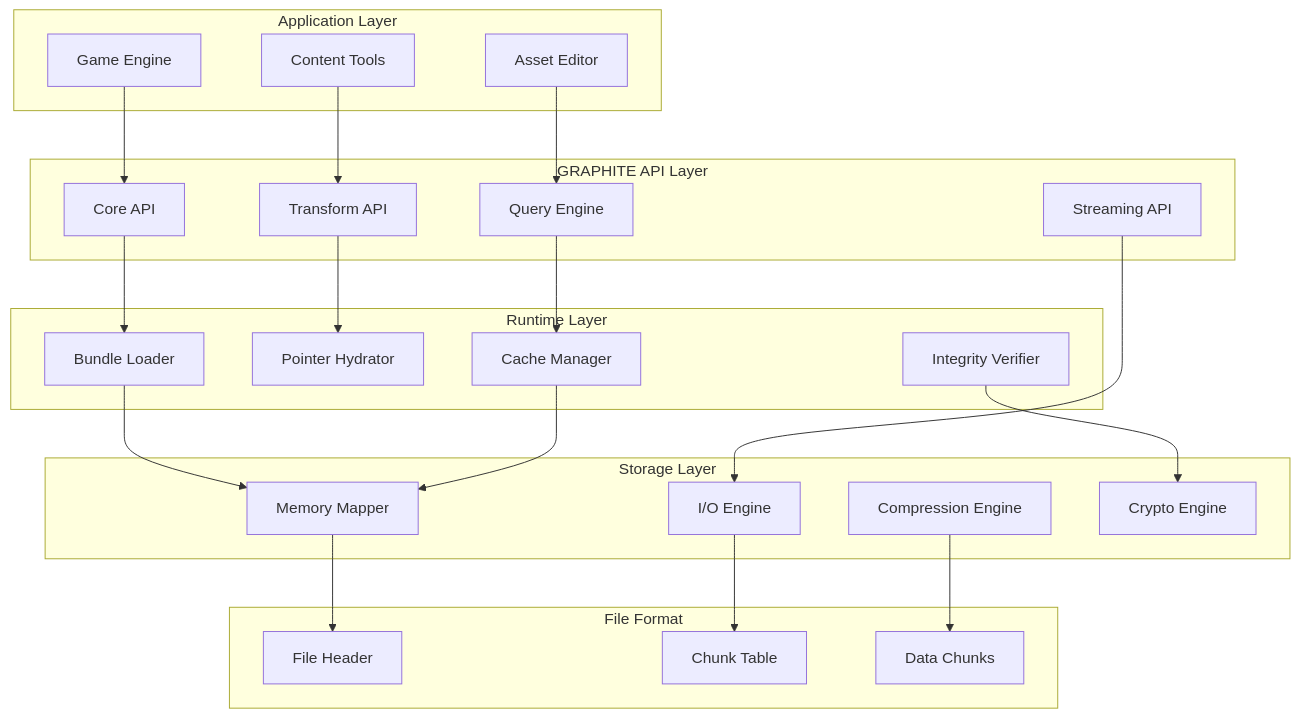
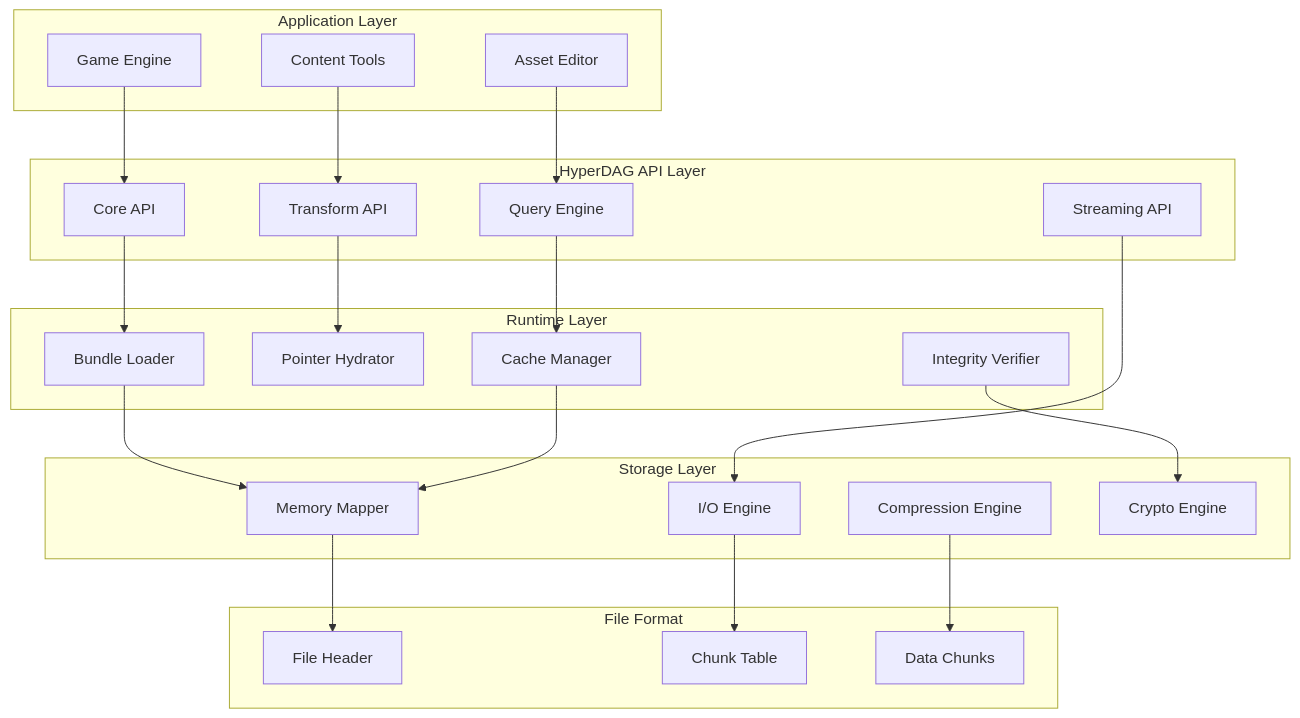
The first of 4 diagrams in volumes/volume-1-foundation/part-1-introduction-architecture.md (turtlgraph/docs), drawn with Mermaid before and after one commit. The commit also changed other lines of this file and 10 other files, not shown here.

First line of the commit message:
docs: Replace all GRAPHITE references with TurtlGraph/HyperDAG

````diff
--- a/volumes/volume-1-foundation/part-1-introduction-architecture.md
+++ b/volumes/volume-1-foundation/part-1-introduction-architecture.md
@@ -571,52 +571,52 @@
 ```mermaid
 graph TB
     subgraph "Application Layer"
         Game[Game Engine]
         Tools[Content Tools]
         Editor[Asset Editor]
     end
     
-    subgraph "GRAPHITE API Layer"
+    subgraph "HyperDAG API Layer"
         CoreAPI[Core API]
         QueryAPI[Query Engine]
         StreamAPI[Streaming API]
         TransformAPI[Transform API]
     end
     
     subgraph "Runtime Layer"
         Loader[Bundle Loader]
         Hydrator[Pointer Hydrator]
         Cache[Cache Manager]
         Verifier[Integrity Verifier]
     end
     
     subgraph "Storage Layer"
         Memory[Memory Mapper]
         IOEngine[I/O Engine]
         Compression[Compression Engine]
         Crypto[Crypto Engine]
     end
     
     subgraph "File Format"
         Header[File Header]
         ChunkTable[Chunk Table]
         DataChunks[Data Chunks]
     end
     
     Game --> CoreAPI
     Tools --> TransformAPI
     Editor --> QueryAPI
     
     CoreAPI --> Loader
     QueryAPI --> Cache
     StreamAPI --> IOEngine
     TransformAPI --> Hydrator
     
     Loader --> Memory
     Cache --> Memory
     Verifier --> Crypto
     
     Memory --> Header
     IOEngine --> ChunkTable
     Compression --> DataChunks
 ```
````
